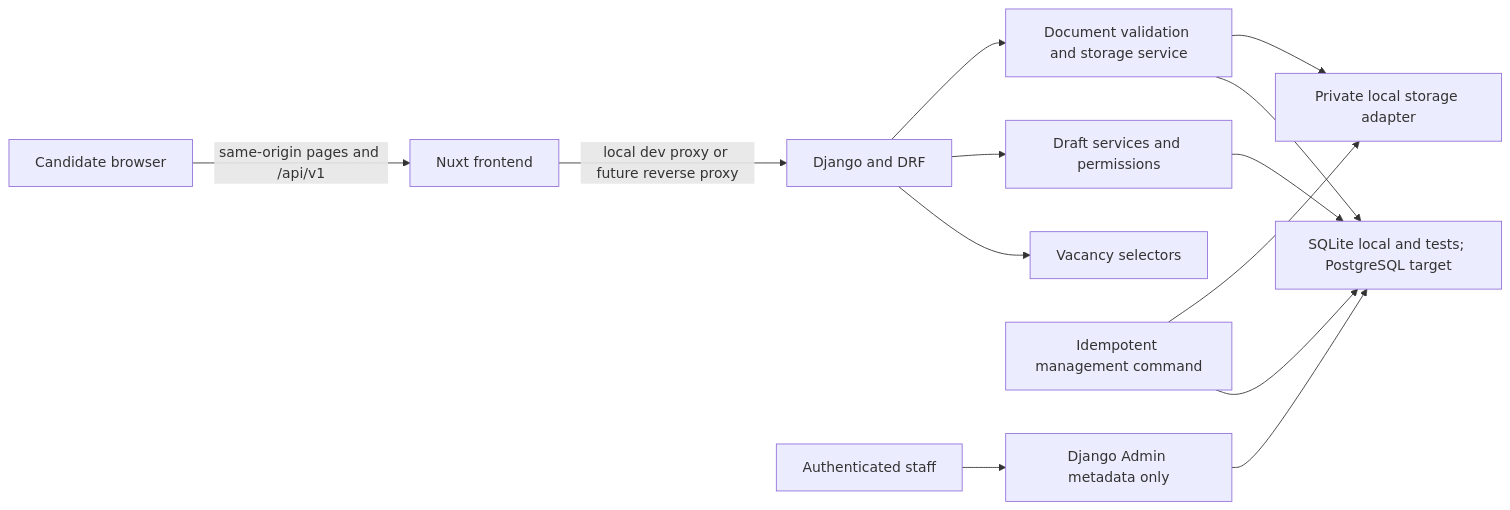
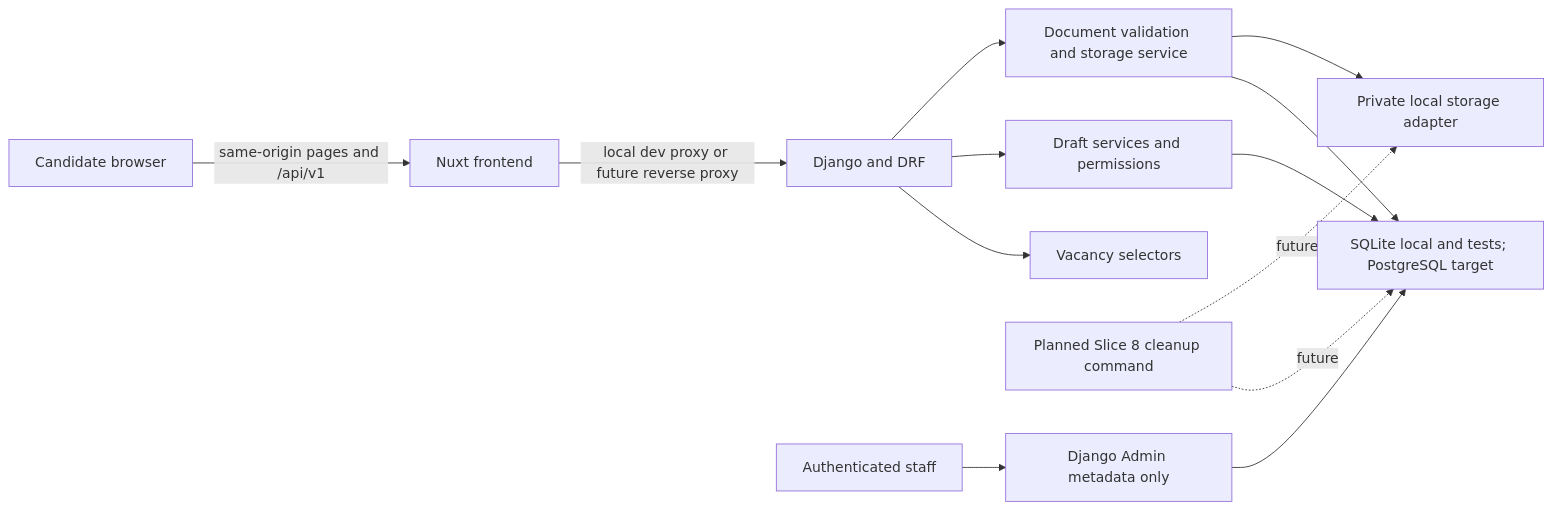
Before and after one commit to JalolbekJR/applyflow: the first of 2 diagrams in docs/backend-architecture.md, drawn with Mermaid. The commit also changed other lines of this file and 82 other files, not shown here.

````diff
--- a/docs/backend-architecture.md
+++ b/docs/backend-architecture.md
@@ -49,15 +51,15 @@
 ```mermaid
 flowchart LR
     Browser["Candidate browser"] -->|same-origin pages and /api/v1| Nuxt["Nuxt frontend"]
     Nuxt -->|local dev proxy or future reverse proxy| Django["Django and DRF"]
     Django --> Vacancies["Vacancy selectors"]
     Django --> Drafts["Draft services and permissions"]
     Django --> Documents["Document validation and storage service"]
     Drafts --> Database["SQLite local and tests; PostgreSQL target"]
     Documents --> Database
     Documents --> PrivateStorage["Private local storage adapter"]
-    Cleanup["Idempotent management command"] --> Database
-    Cleanup --> PrivateStorage
+    PlannedCleanup["Planned Slice 8 cleanup command"] -. future .-> Database
+    PlannedCleanup -. future .-> PrivateStorage
     Staff["Authenticated staff"] --> Admin["Django Admin metadata only"]
     Admin --> Database
 ```
````
